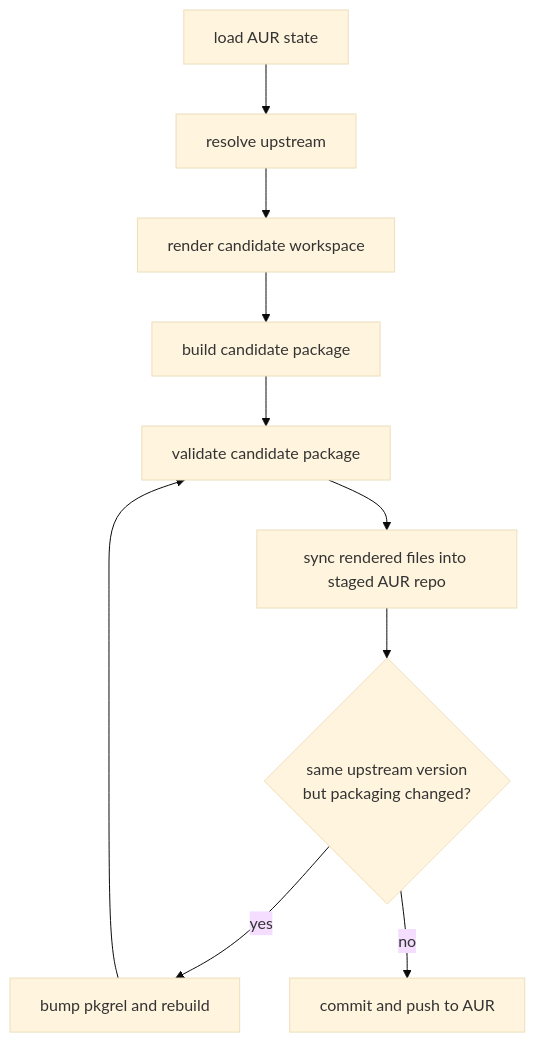
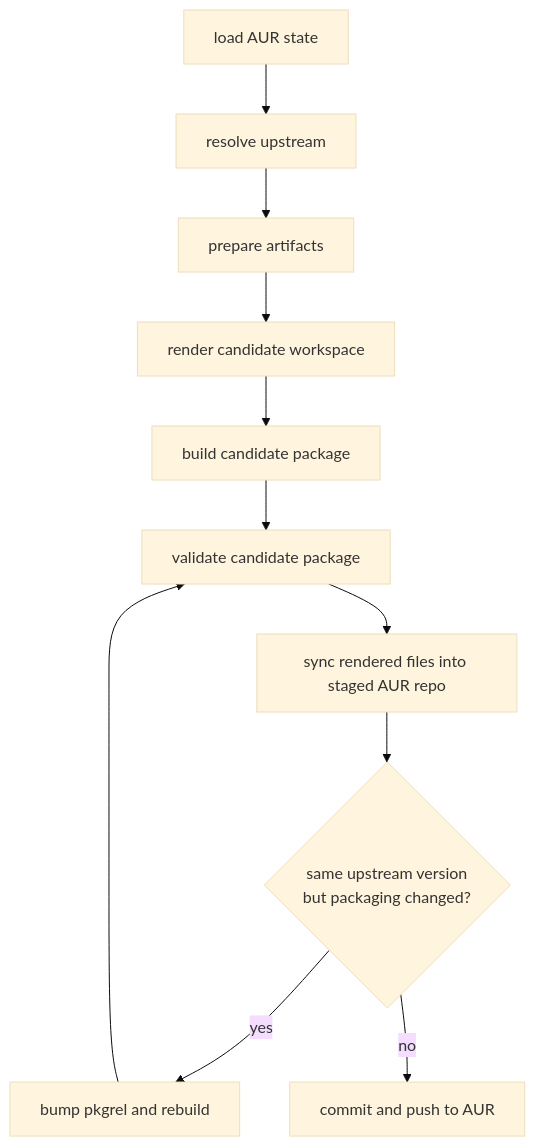
One commit to theorangeguo/aur-packages changed the third of 4 diagrams in docs/WORKFLOW.md. Above: the diagram before and after it, drawn with Mermaid (base theme). The commit also changed other lines of this file and 10 other files, not shown here.

````diff
--- a/docs/WORKFLOW.md
+++ b/docs/WORKFLOW.md
@@ -153,12 +140,13 @@
 ```mermaid
 flowchart TD
     A[load AUR state] --> B[resolve upstream]
-    B --> C[render candidate workspace]
+    B --> Q[prepare artifacts]
+    Q --> C[render candidate workspace]
     C --> D[build candidate package]
     D --> E[validate candidate package]
     E --> F[sync rendered files into staged AUR repo]
     F --> G{same upstream version\nbut packaging changed?}
     G -- yes --> H[bump pkgrel and rebuild]
     H --> E
     G -- no --> I[commit and push to AUR]
 ```
````
